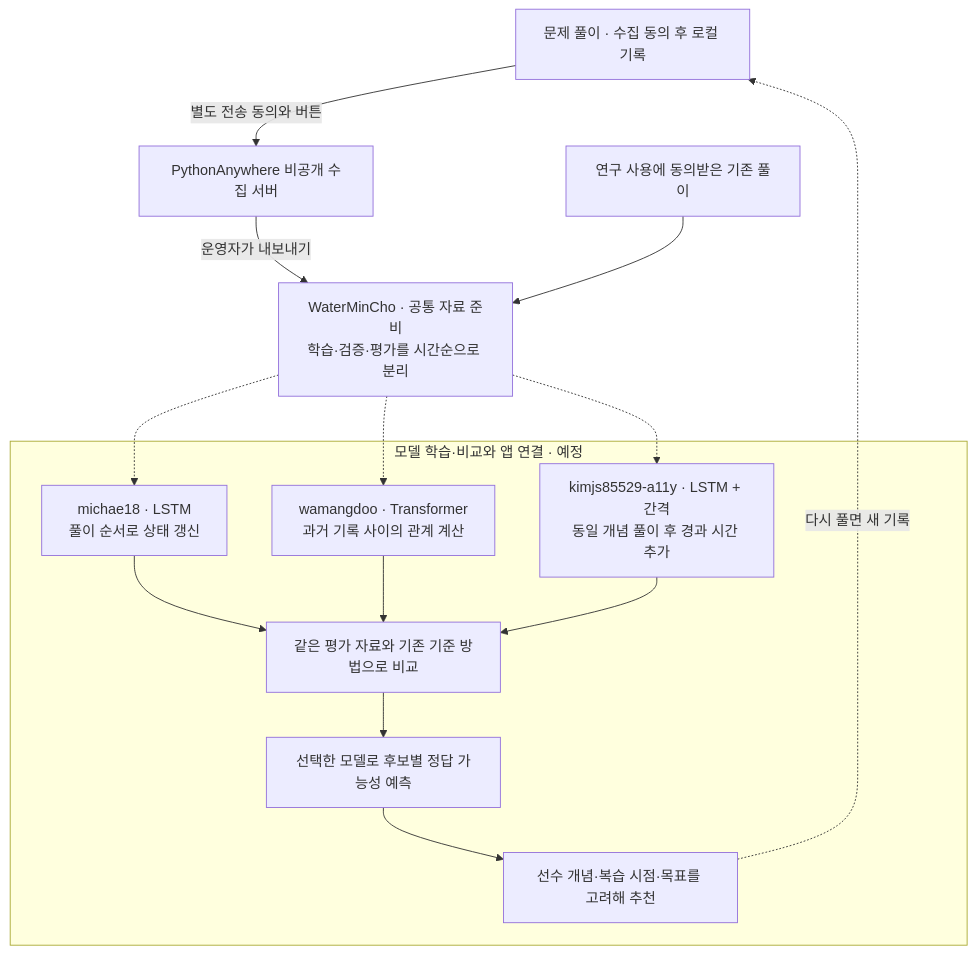
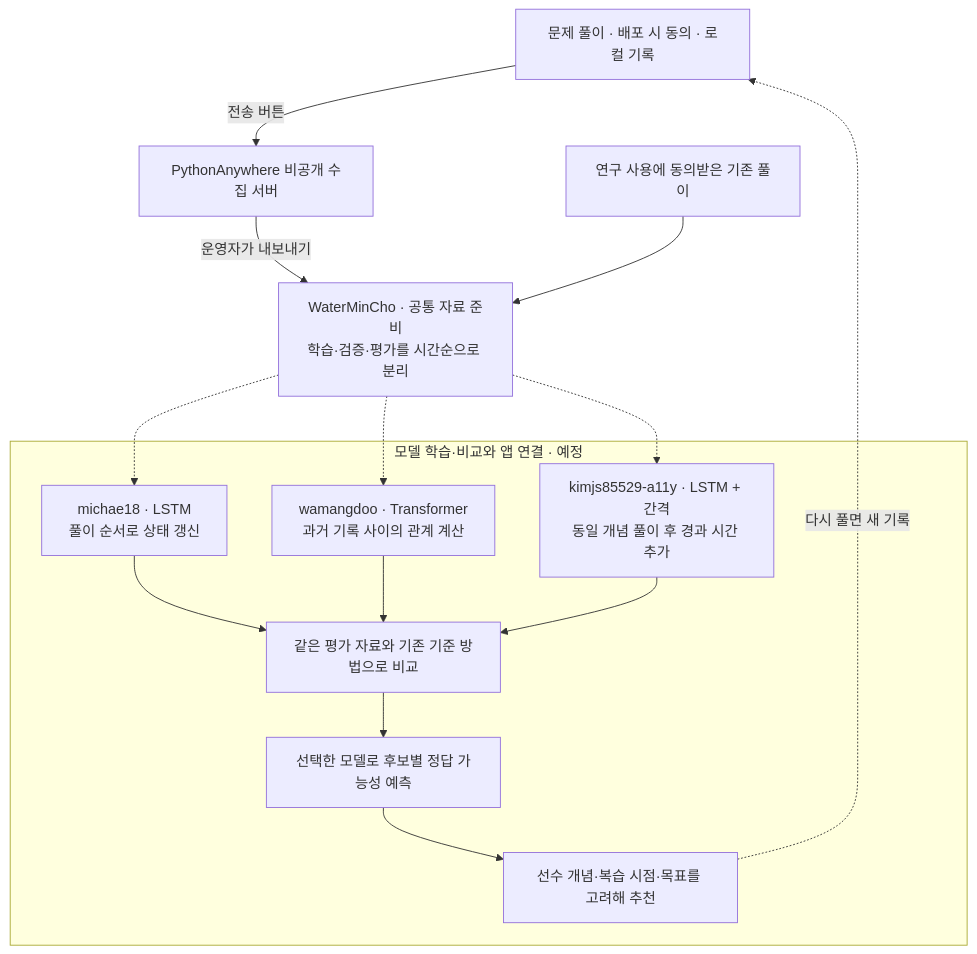
One commit to WaterMinCho/programming-study changed the diagram in README.md. Above: the diagram before and after it, drawn with Mermaid. The commit also changed other lines of this file and 72 other files, not shown here.

````diff
--- a/README.md
+++ b/README.md
@@ -442,22 +454,22 @@
 ```mermaid
 flowchart TB
-    A["문제 풀이 · 수집 동의 후 로컬 기록"] -->|"별도 전송 동의와 버튼"| B["PythonAnywhere 비공개 수집 서버"]
+    A["문제 풀이 · 배포 시 동의 · 로컬 기록"] -->|"전송 버튼"| B["PythonAnywhere 비공개 수집 서버"]
     B -->|"운영자가 내보내기"| C["WaterMinCho · 공통 자료 준비<br/>학습·검증·평가를 시간순으로 분리"]
     OLD["연구 사용에 동의받은 기존 풀이"] --> C
     subgraph PLAN["모델 학습·비교와 앱 연결 · 예정"]
         L["michae18 · LSTM<br/>풀이 순서로 상태 갱신"]
         T["wamangdoo · Transformer<br/>과거 기록 사이의 관계 계산"]
         G["kimjs85529-a11y · LSTM + 간격<br/>동일 개념 풀이 후 경과 시간 추가"]
         V["같은 평가 자료와 기존 기준 방법으로 비교"]
         P["선택한 모델로 후보별 정답 가능성 예측"]
         R["선수 개념·복습 시점·목표를 고려해 추천"]
         L --> V
         T --> V
         G --> V
         V --> P --> R
     end
     C -.-> L
     C -.-> T
     C -.-> G
     R -.->|"다시 풀면 새 기록"| A
 ```
````
